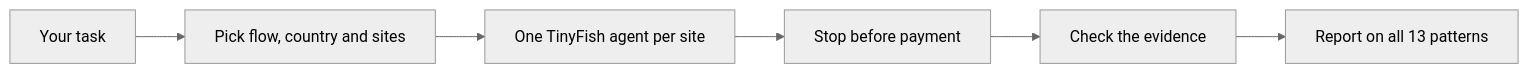
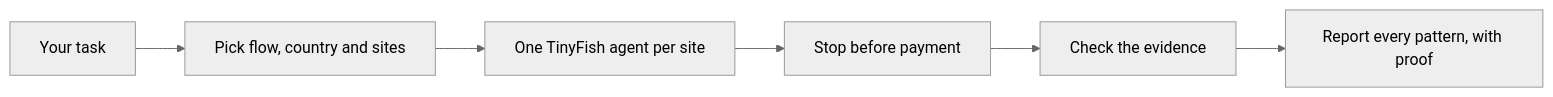
The diagram in README.md (brixdorf/aletheia), drawn with Mermaid (neutral theme) before and after one commit. The commit also changed other lines of this file, not shown here.

Commit message:
docs: rewrote the readme around finding dark patterns

````diff
--- a/README.md
+++ b/README.md
@@ -23,8 +23,8 @@
 ```mermaid
 flowchart LR
     A[Your task] --> B[Pick flow, country and sites]
     B --> C[One TinyFish agent per site]
     C --> D[Stop before payment]
     D --> E[Check the evidence]
-    E --> F[Report on all 13 patterns]
+    E --> F[Report every pattern, with proof]
 ```
````
